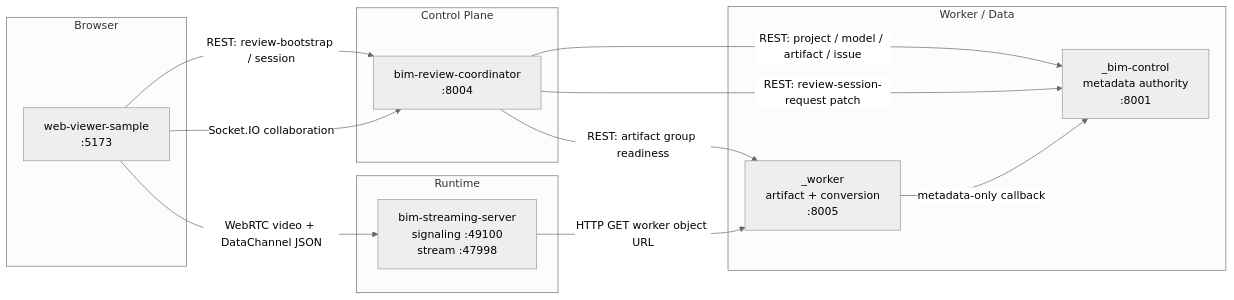
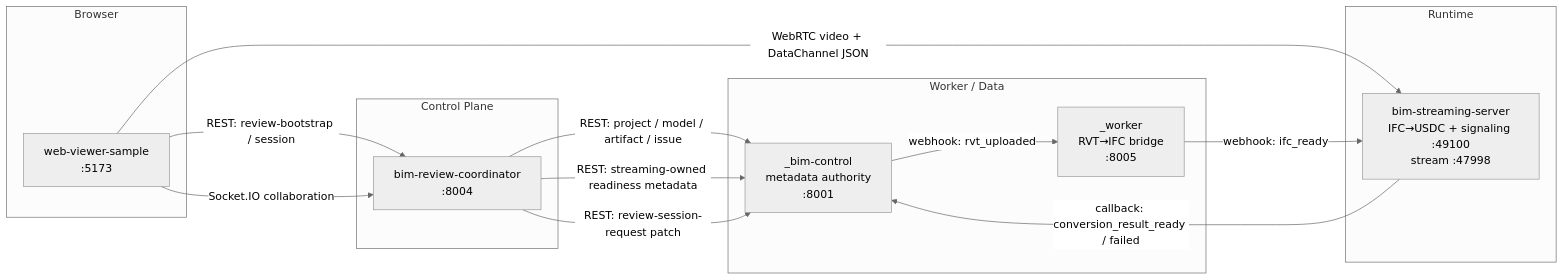
Before and after one commit to monkey1sai/AI-BIM-governance: the second of 7 diagrams in docs/PROJECT_DEVELOPMENT_WORKFLOW.md, drawn with Mermaid (neutral theme). The commit also changed other lines of this file and 34 other files, not shown here.

Commit message:
feat: apply architecture rework B-scheme

````diff
--- a/docs/PROJECT_DEVELOPMENT_WORKFLOW.md
+++ b/docs/PROJECT_DEVELOPMENT_WORKFLOW.md
@@ -207,27 +209,28 @@
 ```mermaid
 flowchart LR
     subgraph "Browser"
         WV[web-viewer-sample<br/>:5173]
     end
     subgraph "Control Plane"
         CO[bim-review-coordinator<br/>:8004]
     end
     subgraph "Worker / Data"
-        WK[_worker<br/>artifact + conversion<br/>:8005]
+        WK[_worker<br/>RVT→IFC bridge<br/>:8005]
         BC[_bim-control<br/>metadata authority<br/>:8001]
     end
     subgraph "Runtime"
-        KIT[bim-streaming-server<br/>signaling :49100<br/>stream :47998]
+        KIT[bim-streaming-server<br/>IFC→USDC + signaling :49100<br/>stream :47998]
     end
 
     WV -->|REST: review-bootstrap / session| CO
     WV -->|WebRTC video + DataChannel JSON| KIT
     WV -->|Socket.IO collaboration| CO
 
     CO -->|REST: project / model / artifact / issue| BC
-    CO -->|REST: artifact group readiness| WK
+    CO -->|REST: streaming-owned readiness metadata| BC
     CO -->|REST: review-session-request patch| BC
 
-    WK -->|metadata-only callback| BC
-    KIT -->|HTTP GET worker object URL| WK
+    BC -->|webhook: rvt_uploaded| WK
+    WK -->|webhook: ifc_ready| KIT
+    KIT -->|callback: conversion_result_ready / failed| BC
 ```
````
